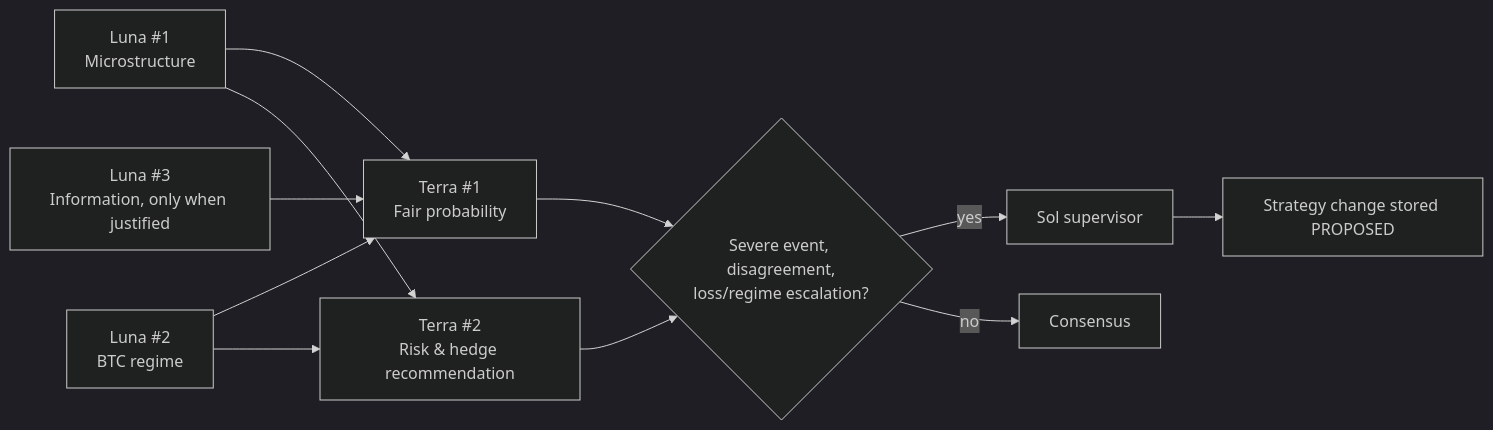
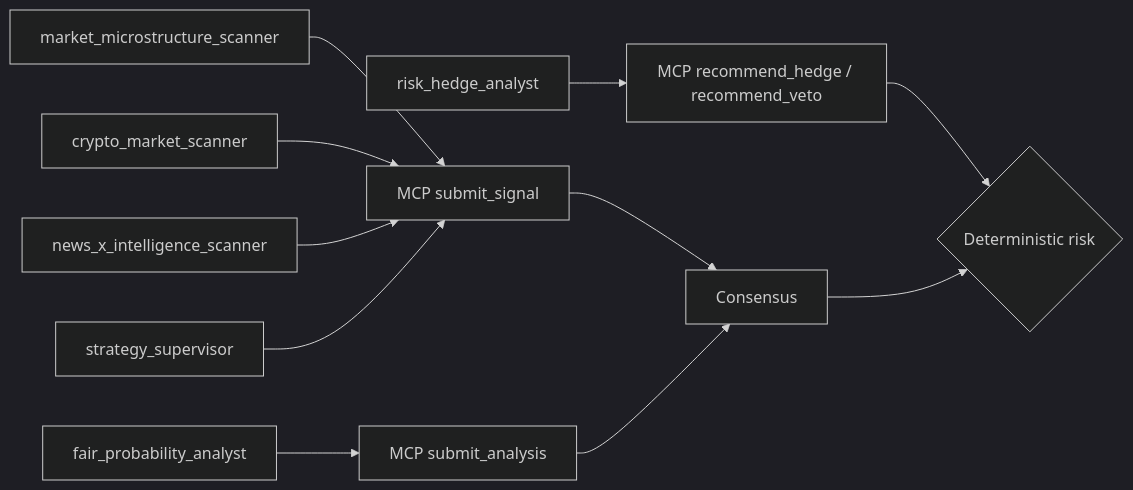
Before and after one commit to mstfgncr23-eng/Polymarket-Engine: the third of 4 diagrams in README.md, drawn with Mermaid (dark theme). The commit also changed other lines of this file and 15 other files, not shown here.

````diff
--- a/README.md
+++ b/README.md
@@ -40,13 +43,13 @@
 ```mermaid
 flowchart LR
-  L1[Luna #1\nMicrostructure] --> T1[Terra #1\nFair probability]
-  L2[Luna #2\nBTC regime] --> T1
-  L3[Luna #3\nInformation, only when justified] --> T1
-  L1 --> T2[Terra #2\nRisk & hedge recommendation]
-  L2 --> T2
-  T1 --> D{Severe event, disagreement,\nloss/regime escalation?}
-  T2 --> D
-  D -->|yes| S[Sol supervisor]
-  S --> P[Strategy change stored PROPOSED]
-  D -->|no| C[Consensus]
+  S1[market_microstructure_scanner] --> IN[MCP submit_signal]
+  S2[crypto_market_scanner] --> IN
+  S3[news_x_intelligence_scanner] --> IN
+  A1[fair_probability_analyst] --> AN[MCP submit_analysis]
+  R1[risk_hedge_analyst] --> H[MCP recommend_hedge / recommend_veto]
+  SV[strategy_supervisor] --> IN
+  IN --> C[Consensus]
+  AN --> C
+  H --> V{Deterministic risk}
+  C --> V
 ```
````
